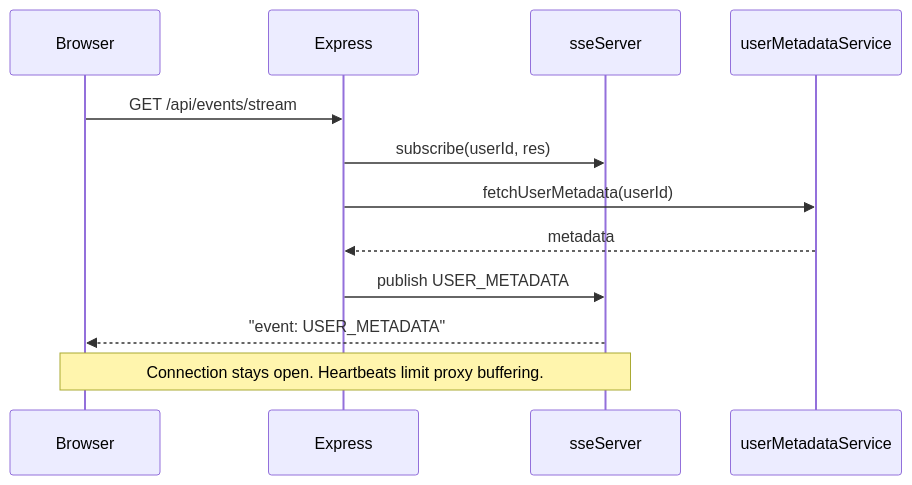
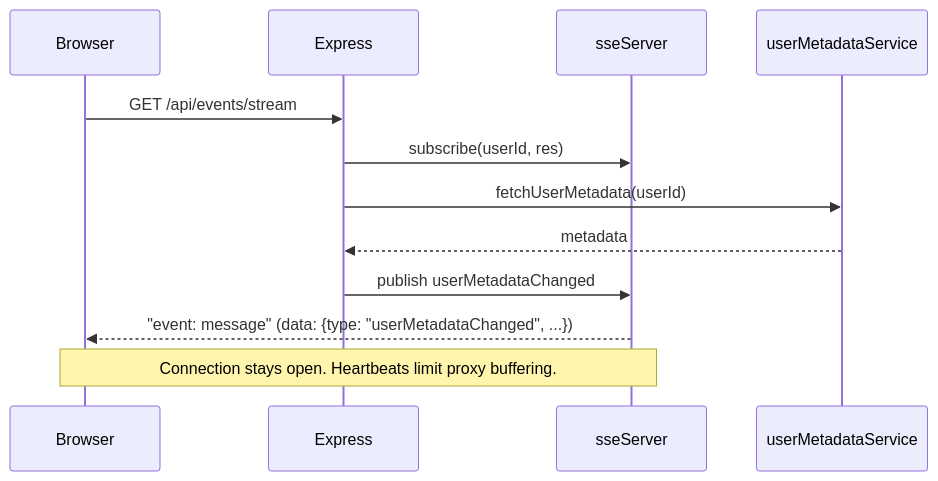
The second of 2 diagrams in docs/features/google-sync-and-sse-flow.md (SwitchbackTech/compass), drawn with Mermaid before and after one commit. The commit also changed other lines of this file and 18 other files, not shown here.

First line of the commit message:
docs: fix broken references and remove docs describing deleted legacy sync architecture

````diff
--- a/docs/features/google-sync-and-sse-flow.md
+++ b/docs/features/google-sync-and-sse-flow.md
@@ -43,14 +47,14 @@
 ```mermaid
 sequenceDiagram
   participant B as Browser
   participant X as Express
   participant S as sseServer
   participant M as userMetadataService
   B->>X: GET /api/events/stream
   X->>S: subscribe(userId, res)
   X->>M: fetchUserMetadata(userId)
   M-->>X: metadata
-  X->>S: publish USER_METADATA
-  S-->>B: "event: USER_METADATA"
+  X->>S: publish userMetadataChanged
+  S-->>B: "event: message" (data: {type: "userMetadataChanged", ...})
   Note over B,S: Connection stays open. Heartbeats limit proxy buffering.
 ```
````
